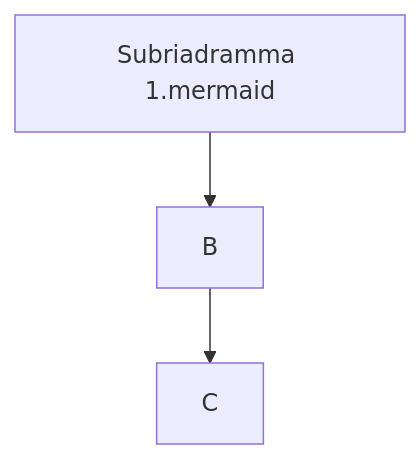
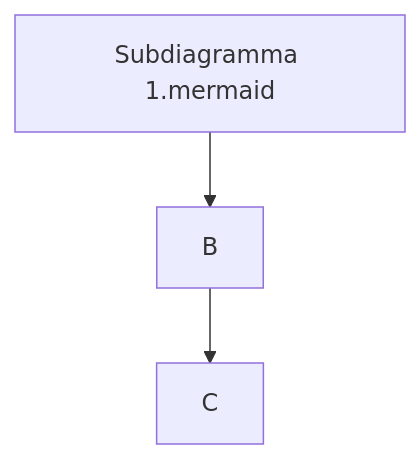
Before and after one commit to pagopa/mil-auth: the diagram in README.md, drawn with Mermaid.

````diff
--- a/README.md
+++ b/README.md
@@ -1,5 +1,5 @@
 ```mermaid
 graph TD
-A[Subriadramma 1.mermaid] --> B
+A[Subdiagramma 1.mermaid] --> B
 B --> C
 ```
````
